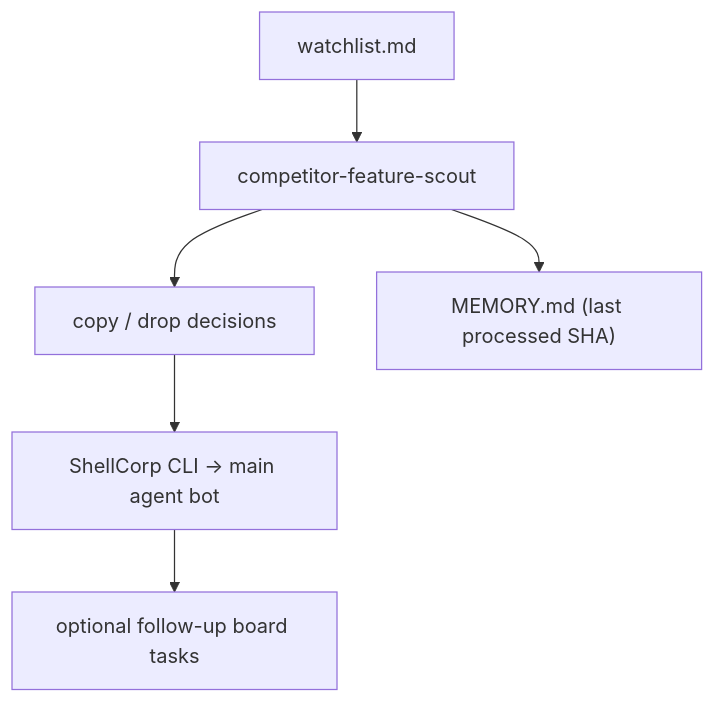
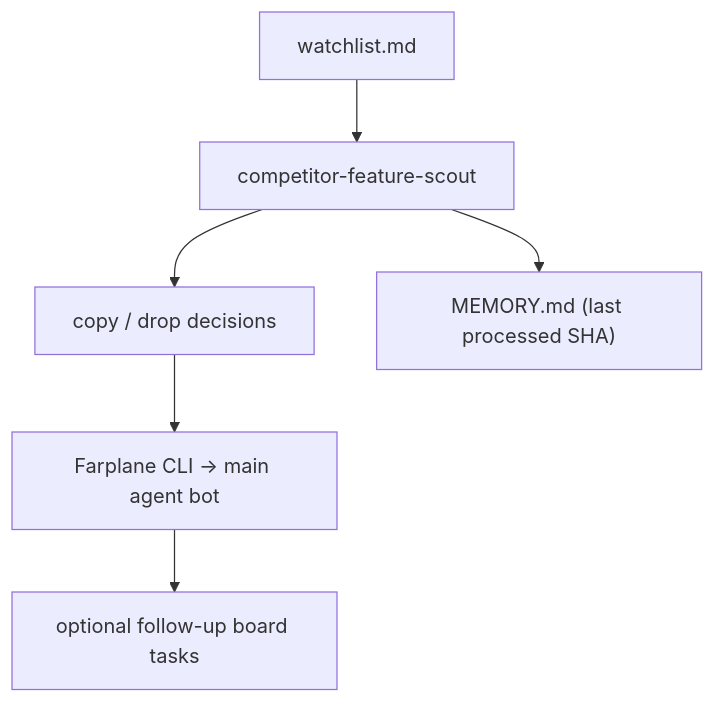
The diagram in docs/public-docs/feature-meta-improvement.md (ZanarkandTechnologies/Farplane-UI), drawn with Mermaid before and after one commit. The commit also changed other lines of this file and 161 other files, not shown here.

````diff
--- a/docs/public-docs/feature-meta-improvement.md
+++ b/docs/public-docs/feature-meta-improvement.md
@@ -32,8 +32,8 @@
 ```mermaid
 flowchart TD
   Watchlist["watchlist.md"] --> Scout["competitor-feature-scout"]
   Scout --> Decisions["copy / drop decisions"]
   Scout --> Memory["MEMORY.md (last processed SHA)"]
-  Decisions --> Bot["ShellCorp CLI -> main agent bot"]
+  Decisions --> Bot["Farplane CLI -> main agent bot"]
   Bot --> Followup["optional follow-up board tasks"]
 ```
````
